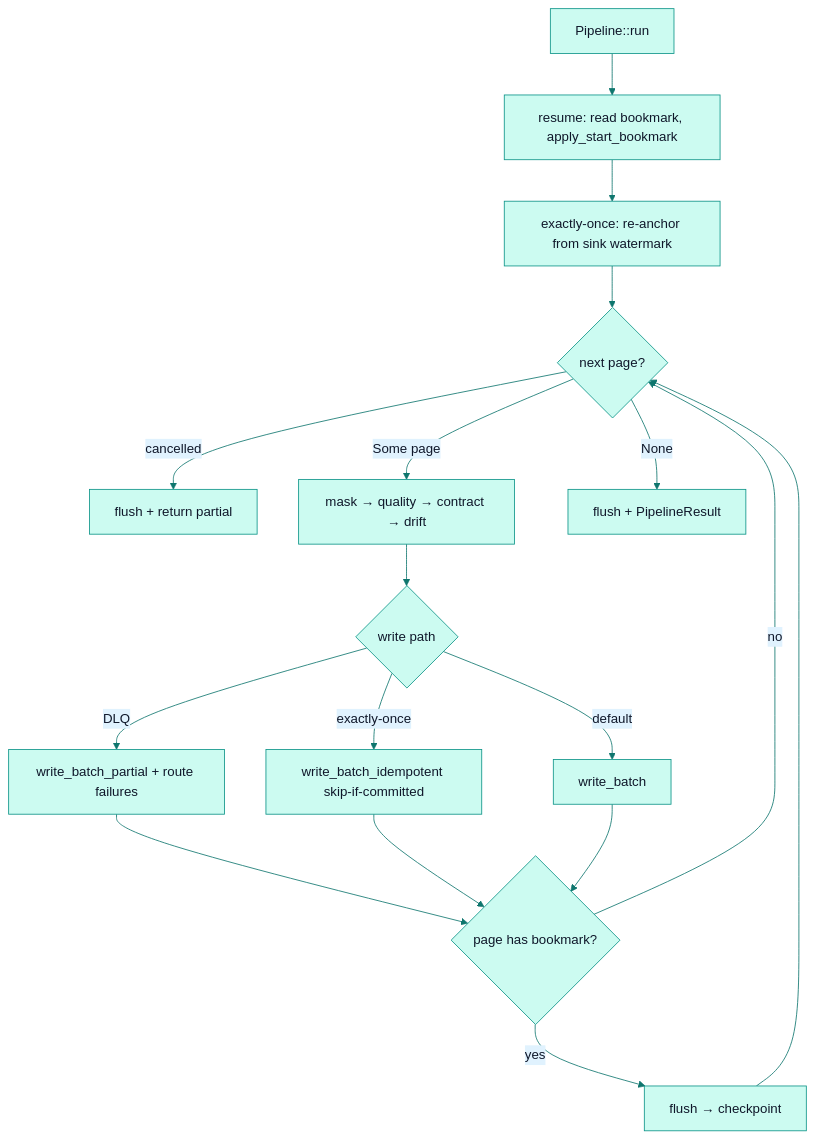
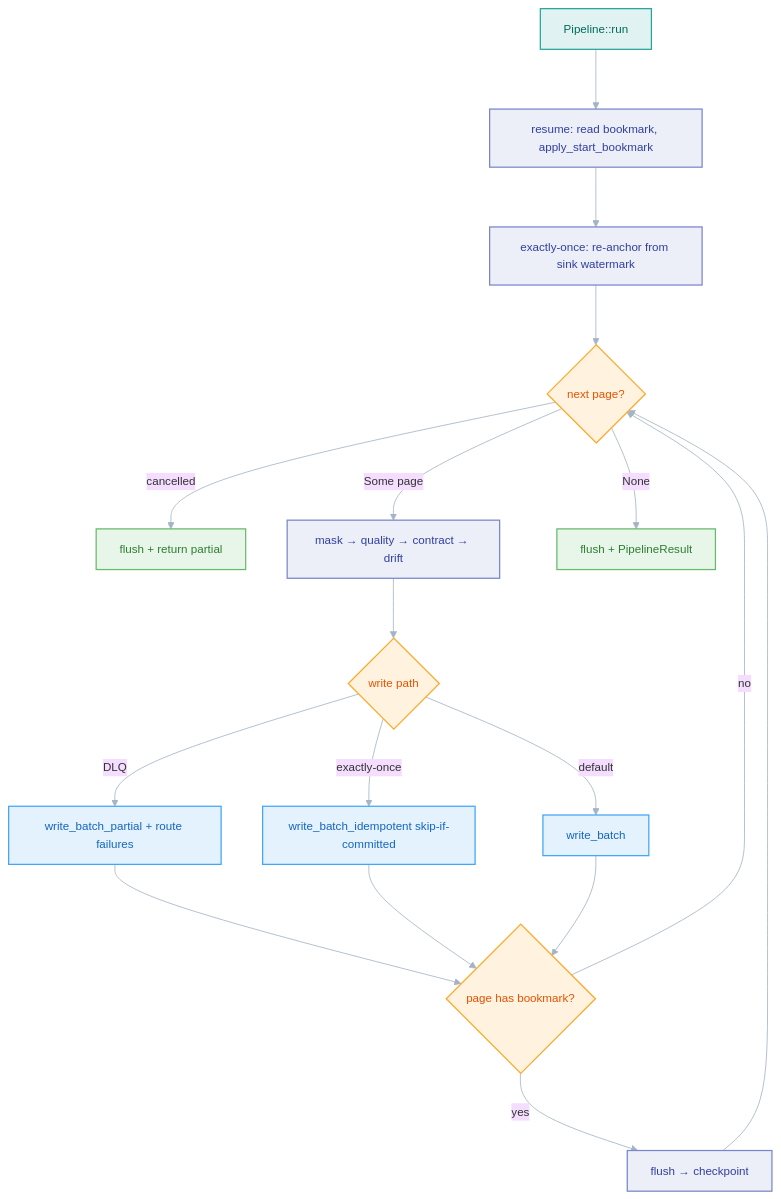
The diagram in docs/architecture/pipeline.md (PawanSikawat/faucet-stream), drawn with Mermaid before and after one commit. The commit also changed 28 other files, not shown here.

First line of the commit message:
docs: upgrade Mermaid diagrams to V2 role-coded style

````diff
--- a/docs/architecture/pipeline.md
+++ b/docs/architecture/pipeline.md
@@ -32,18 +32,28 @@
 ```mermaid
-%%{init: {'theme':'base','themeVariables':{'primaryColor':'#ccfbf1','primaryTextColor':'#0f172a','primaryBorderColor':'#0d9488','lineColor':'#0f766e','secondaryColor':'#e0f2fe','tertiaryColor':'#f0fdfa','fontFamily':'-apple-system,BlinkMacSystemFont,Segoe UI,sans-serif'}}}%%
+%%{init: {'theme':'base','flowchart':{'curve':'basis','nodeSpacing':50,'rankSpacing':72,'padding':14},'themeVariables':{'fontFamily':'-apple-system,BlinkMacSystemFont,Segoe UI,sans-serif','fontSize':'14px','lineColor':'#a5b4c4','clusterBkg':'#f8fafc','clusterBorder':'#e2e8f0'}}}%%
 flowchart TD
     START[Pipeline::run] --> RESUME[resume: read bookmark, apply_start_bookmark]
     RESUME --> SINKANCHOR[exactly-once: re-anchor from sink watermark]
     SINKANCHOR --> LOOP{next page?}
     LOOP -->|cancelled| FLUSHOUT[flush + return partial]
     LOOP -->|Some page| MASK[mask → quality → contract → drift]
     MASK --> PATH{write path}
     PATH -->|DLQ| WDLQ[write_batch_partial + route failures]
     PATH -->|exactly-once| WEO[write_batch_idempotent skip-if-committed]
     PATH -->|default| WDEF[write_batch]
     WDLQ & WEO & WDEF --> BM{page has bookmark?}
     BM -->|yes| FLUSH[flush → checkpoint]
     BM -->|no| LOOP
     FLUSH --> LOOP
     LOOP -->|None| DONE[flush + PipelineResult]
+    classDef src fill:#e0f2f1,stroke:#26a69a,stroke-width:1.5px,color:#00695c
+    classDef proc fill:#eceff8,stroke:#7986cb,stroke-width:1.5px,color:#303f9f
+    classDef dec fill:#fff3e0,stroke:#ffa726,stroke-width:1.5px,color:#e65100
+    classDef good fill:#e8f5e9,stroke:#66bb6a,stroke-width:1.5px,color:#2e7d32
+    classDef sink fill:#e3f2fd,stroke:#42a5f5,stroke-width:1.5px,color:#1565c0
+    class START src
+    class RESUME,SINKANCHOR,MASK,FLUSH proc
+    class LOOP,PATH,BM dec
+    class FLUSHOUT,DONE good
+    class WDLQ,WEO,WDEF sink
 ```
````
